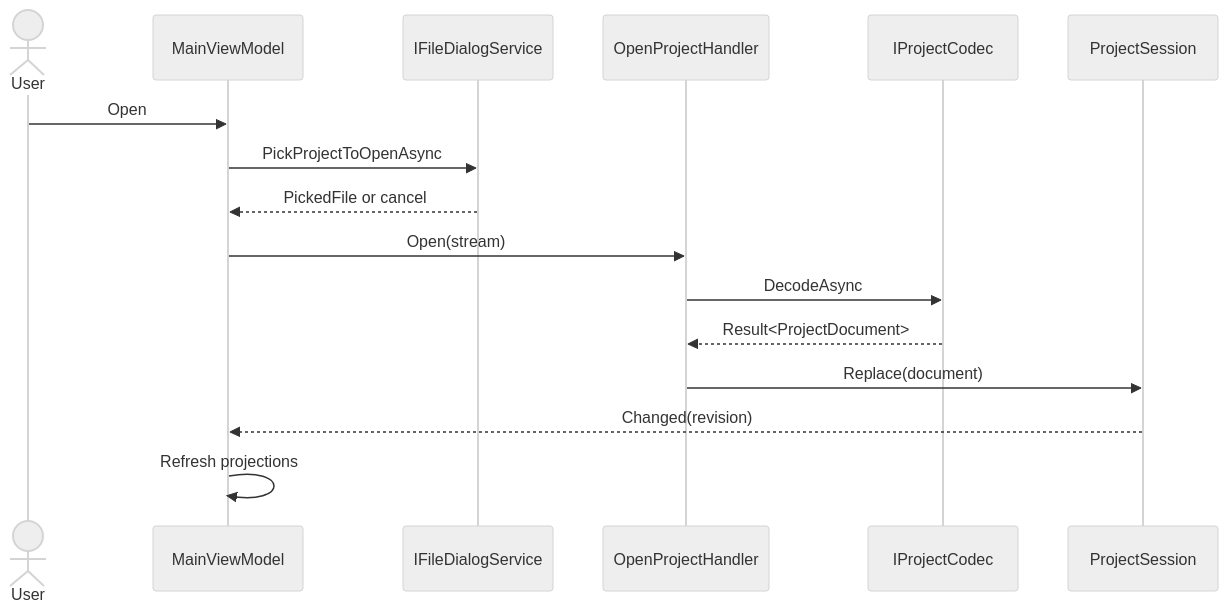
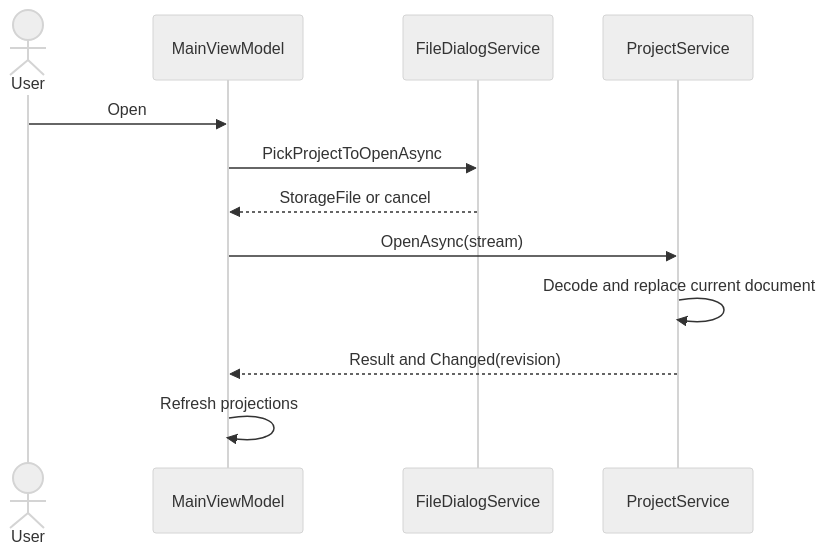
The third of 6 diagrams in ARCHITECTURE.md (alucardGonza/CineSched_D.G.D), drawn with Mermaid (neutral theme) before and after one commit. The commit also changed other lines of this file and 2 other files, not shown here.

````diff
--- a/ARCHITECTURE.md
+++ b/ARCHITECTURE.md
@@ -482,19 +458,15 @@
 ```mermaid
 sequenceDiagram
     actor User
     participant View as MainViewModel
-    participant Picker as IFileDialogService
-    participant Handler as OpenProjectHandler
-    participant Codec as IProjectCodec
-    participant Session as ProjectSession
+    participant Picker as FileDialogService
+    participant Projects as ProjectService
 
     User->>View: Open
     View->>Picker: PickProjectToOpenAsync
-    Picker-->>View: PickedFile or cancel
-    View->>Handler: Open(stream)
-    Handler->>Codec: DecodeAsync
-    Codec-->>Handler: Result<ProjectDocument>
-    Handler->>Session: Replace(document)
-    Session-->>View: Changed(revision)
+    Picker-->>View: StorageFile or cancel
+    View->>Projects: OpenAsync(stream)
+    Projects->>Projects: Decode and replace current document
+    Projects-->>View: Result and Changed(revision)
     View->>View: Refresh projections
 ```
````
